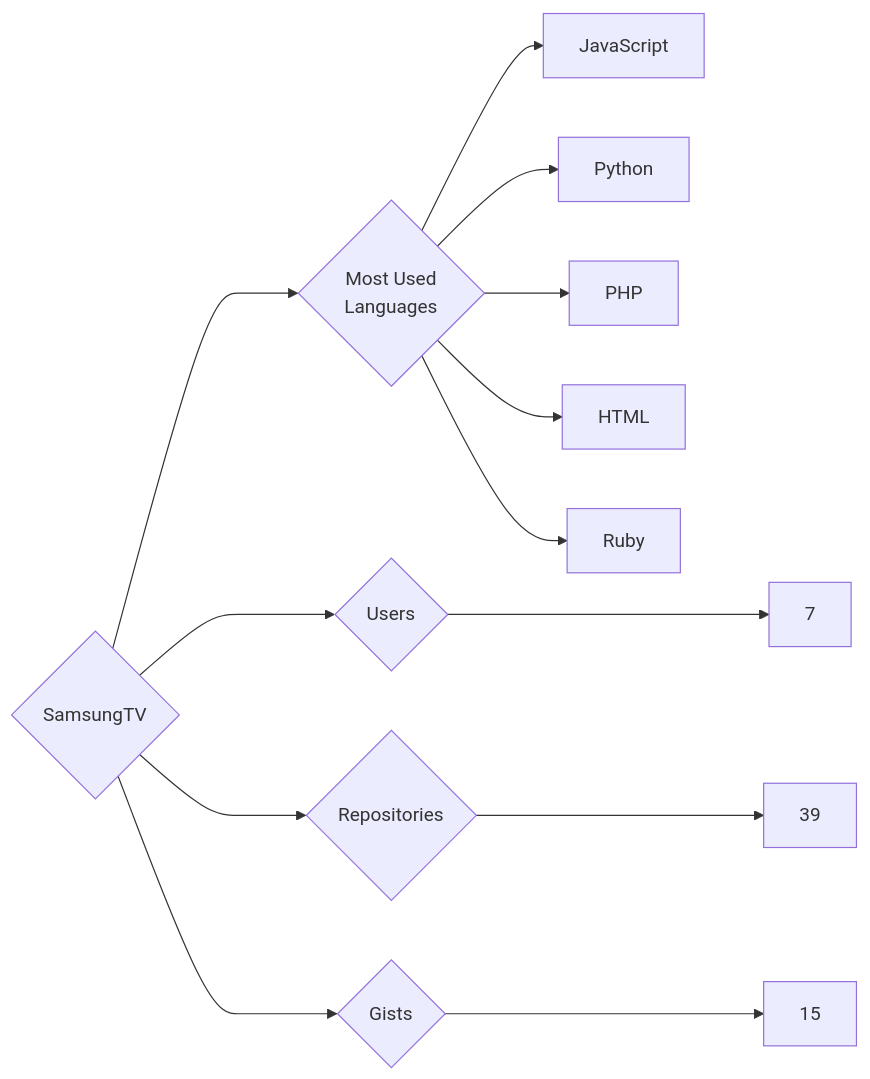
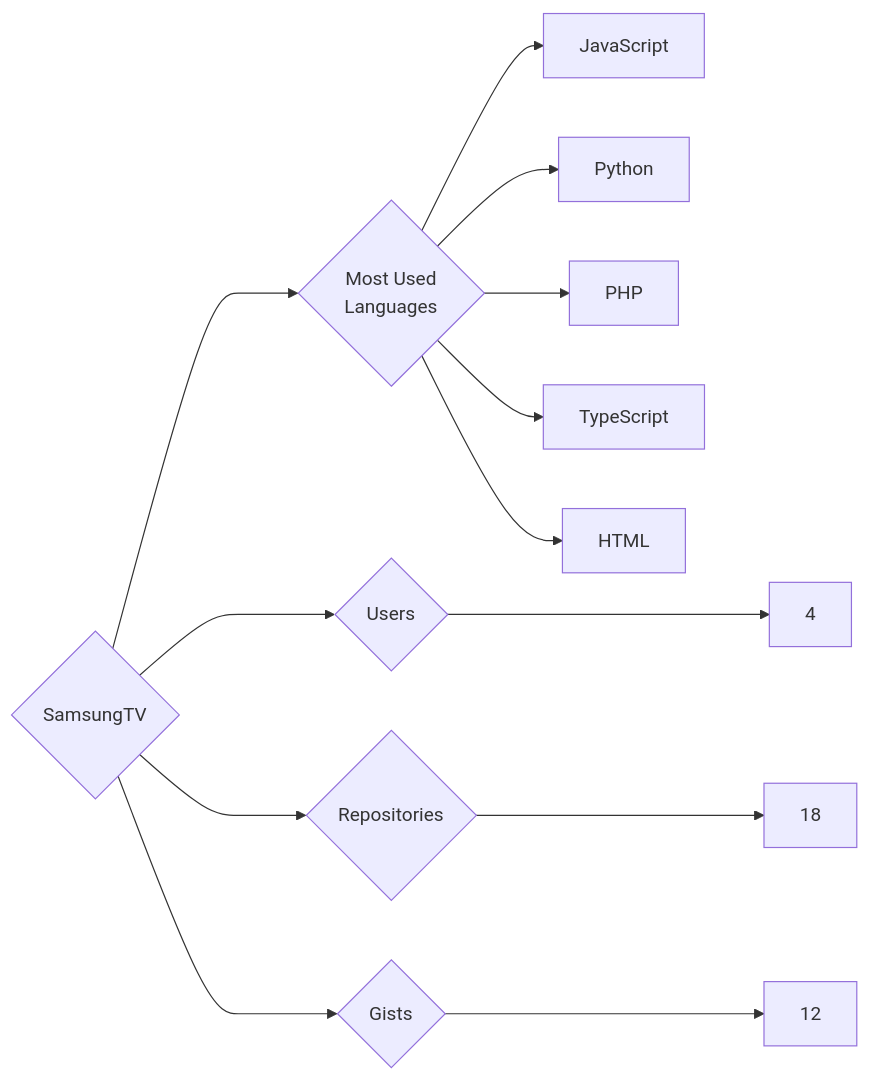
The diagram in targets/SamsungTV/README.md (trickest/insiders), drawn with Mermaid before and after one commit. The commit also changed 1508 other files, not shown here.

````diff
--- a/targets/SamsungTV/README.md
+++ b/targets/SamsungTV/README.md
@@ -3,13 +3,13 @@
 ```mermaid
 graph LR
 COMPANY_NAME{SamsungTV}
-COMPANY_NAME ---> U{Users} ---> UN[7]
-COMPANY_NAME ---> R{Repositories} ---> RN[39]
-COMPANY_NAME ---> G{Gists} ---> GN[15]
+COMPANY_NAME ---> U{Users} ---> UN[4]
+COMPANY_NAME ---> R{Repositories} ---> RN[18]
+COMPANY_NAME ---> G{Gists} ---> GN[12]
 COMPANY_NAME ---> ML{Most Used<br>Languages}
 ML --> JavaScript[JavaScript]
 ML --> Python[Python]
 ML --> PHP[PHP]
+ML --> TypeScript[TypeScript]
 ML --> HTML[HTML]
-ML --> Ruby[Ruby]
 ```
````
